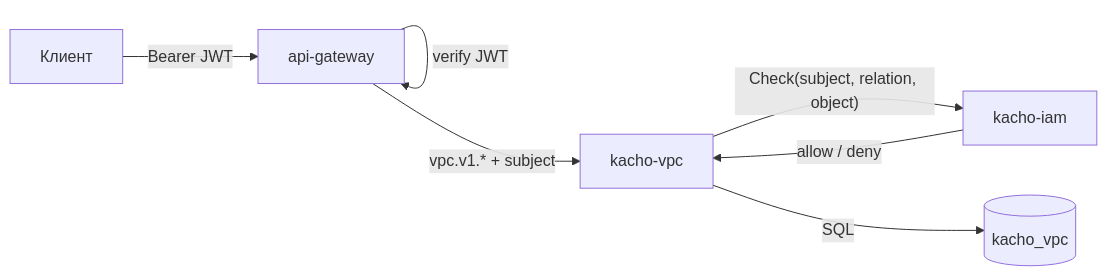
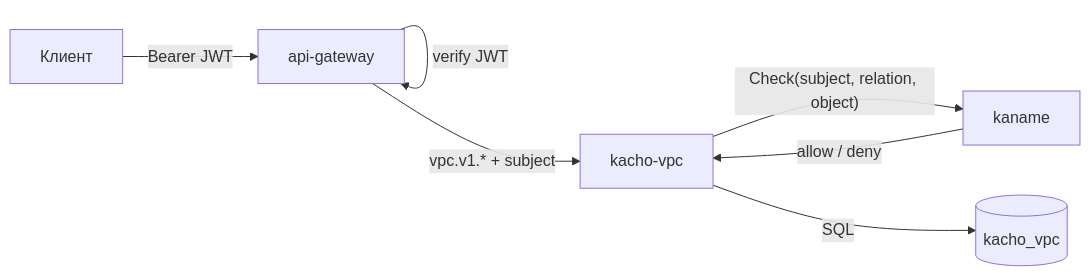
The diagram in services/vpc/docs/content/api/overview.mdx (PRO-Robotech/kacho), drawn with Mermaid before and after one commit. The commit also changed other lines of this file and 5005 other files, not shown here.

````diff
--- a/services/vpc/docs/content/api/overview.mdx
+++ b/services/vpc/docs/content/api/overview.mdx
@@ -193,9 +193,9 @@
 ```mermaid
 flowchart LR
   cli["Клиент"] -->|"Bearer JWT"| agw["api-gateway"]
   agw -->|"verify JWT"| agw
   agw -->|"vpc.v1.* + subject"| vpc["kacho-vpc"]
-  vpc -->|"Check(subject, relation, object)"| iamsvc["kacho-iam"]
+  vpc -->|"Check(subject, relation, object)"| iamsvc["kaname"]
   iamsvc -->|"allow / deny"| vpc
   vpc -->|"SQL"| pg[("kacho_vpc")]
 ```
````
